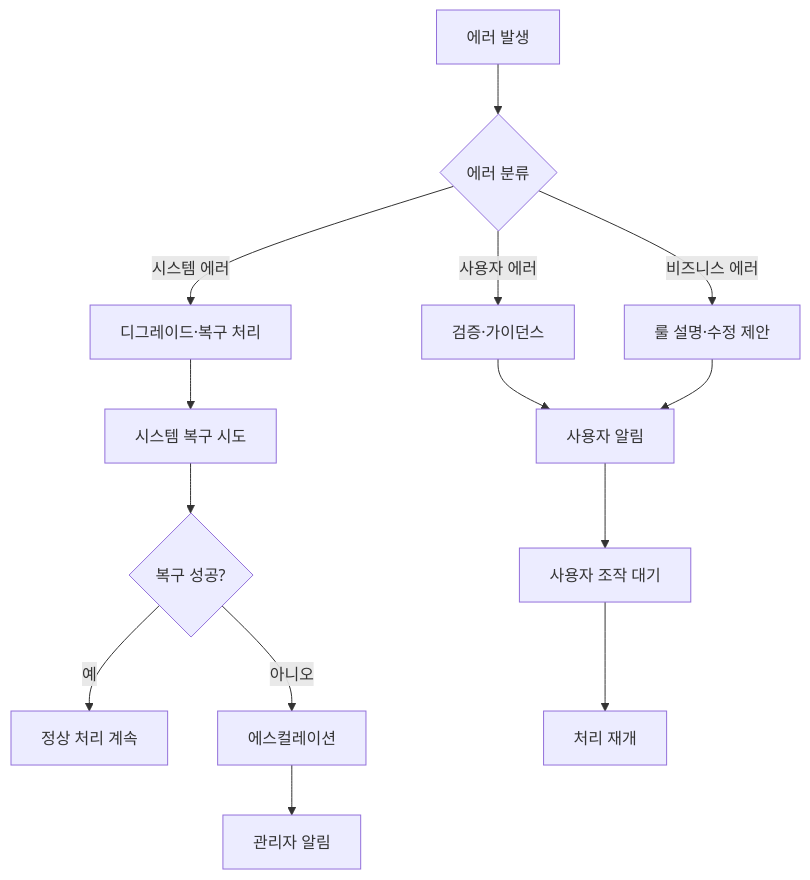
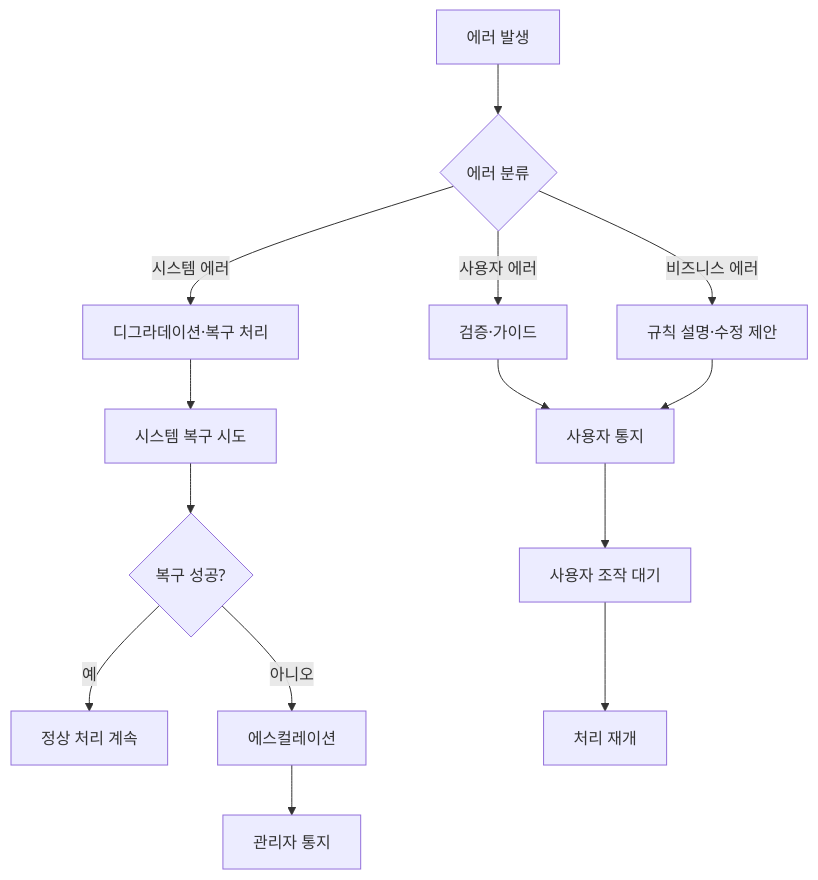
One commit to gaebalai/k-sdd changed the fifth of 5 diagrams in .kiro/specs/vercel-ai-chatui-research-agent-ko/design.md. Above: the diagram before and after it, drawn with Mermaid. The commit also changed other lines of this file and 409 other files, not shown here.

````diff
--- a/.kiro/specs/vercel-ai-chatui-research-agent-ko/design.md
+++ b/.kiro/specs/vercel-ai-chatui-research-agent-ko/design.md
@@ -547,16 +547,16 @@
 ```mermaid
 flowchart TD
     A[에러 발생] --> B{에러 분류}
-    B -->|사용자 에러| C[검증·가이던스]
-    B -->|시스템 에러| D[디그레이드·복구 처리]
-    B -->|비즈니스 에러| E[룰 설명·수정 제안]
-    C --> F[사용자 알림]
+    B -->|사용자 에러| C[검증·가이드]
+    B -->|시스템 에러| D[디그라데이션·복구 처리]
+    B -->|비즈니스 에러| E[규칙 설명·수정 제안]
+    C --> F[사용자 통지]
     D --> G[시스템 복구 시도]
     E --> F
     G --> H{복구 성공?}
     H -->|예| I[정상 처리 계속]
     H -->|아니오| J[에스컬레이션]
     F --> K[사용자 조작 대기]
-    J --> L[관리자 알림]
+    J --> L[관리자 통지]
     K --> M[처리 재개]
 ```
````
